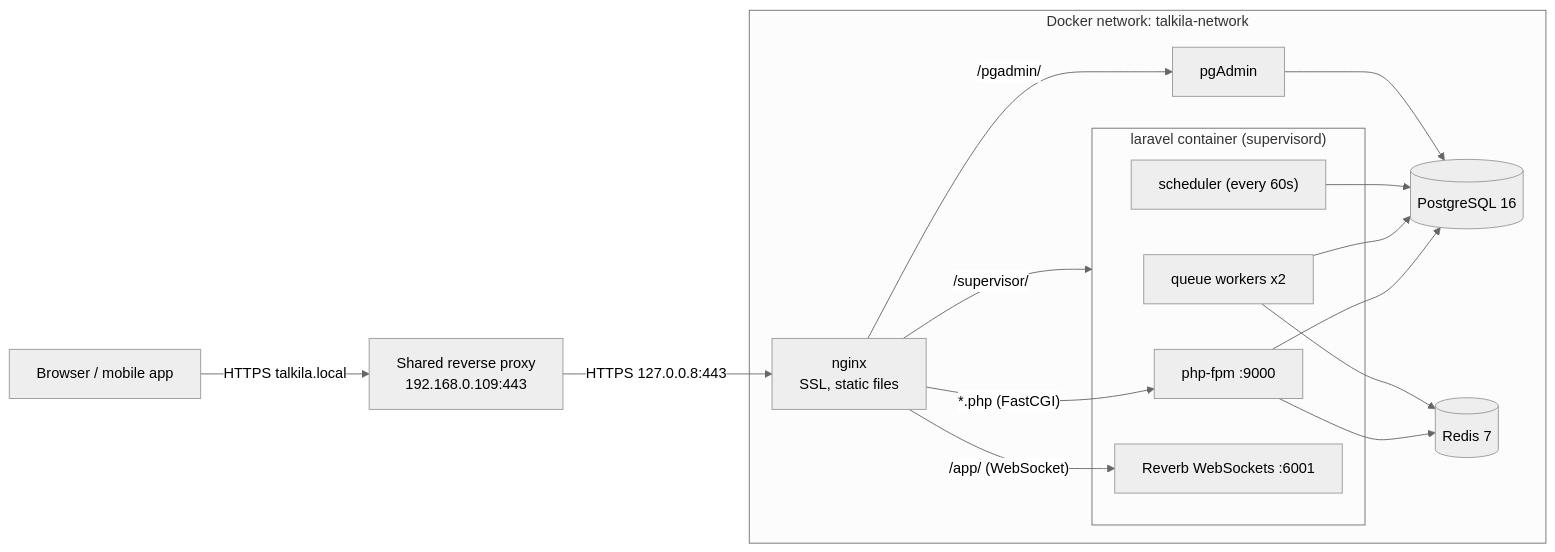
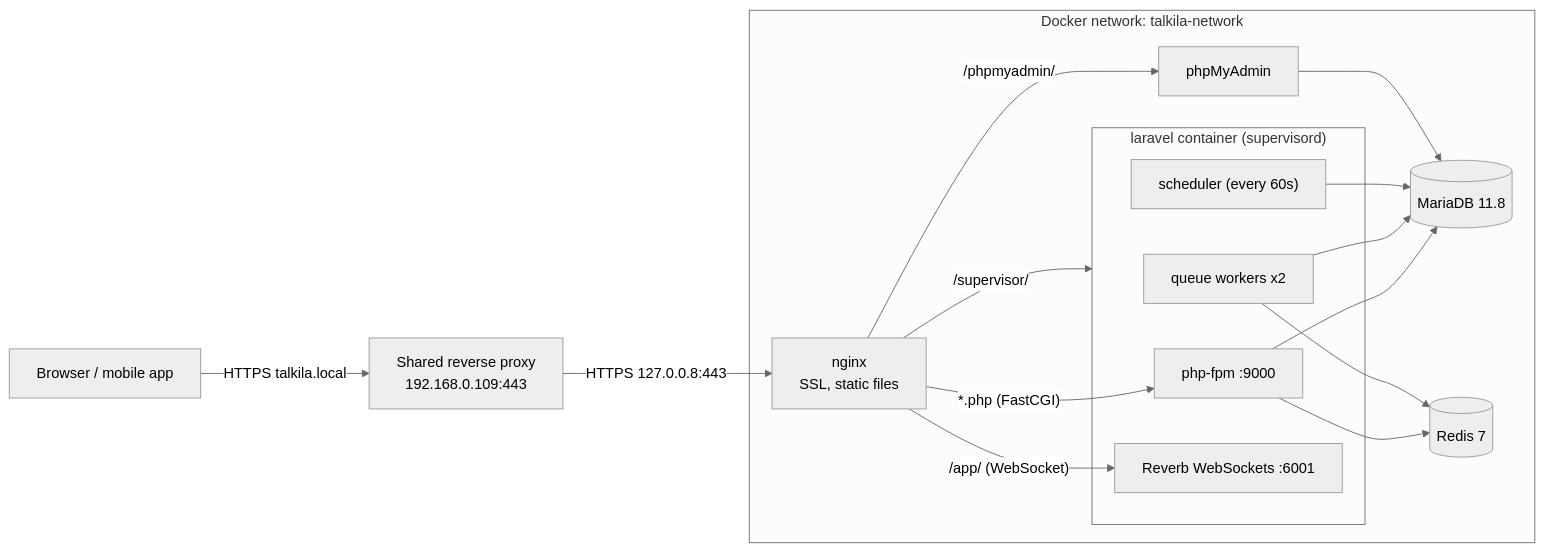
The first of 3 diagrams in README.md (donmilorad87/talkila), drawn with Mermaid (neutral theme) before and after one commit. The commit also changed other lines of this file and 113 other files, not shown here.

Commit message:
CI/CD: PHP 8.5 + MariaDB, tests, SSH deploy with maintenance mode, Pusher

````diff
--- a/README.md
+++ b/README.md
@@ -62,29 +71,29 @@
 ```mermaid
 flowchart LR
     Browser["Browser / mobile app"] -->|"HTTPS talkila.local"| Proxy["Shared reverse proxy<br/>192.168.0.109:443"]
     Proxy -->|"HTTPS 127.0.0.8:443"| Nginx
 
     subgraph talkila-network ["Docker network: talkila-network"]
         Nginx["nginx<br/>SSL, static files"]
         subgraph Laravel ["laravel container (supervisord)"]
             FPM["php-fpm :9000"]
             Workers["queue workers x2"]
             Scheduler["scheduler (every 60s)"]
             Reverb["Reverb WebSockets :6001"]
         end
-        Postgres[("PostgreSQL 16")]
+        MariaDB[("MariaDB 11.8")]
         Redis[("Redis 7")]
-        PgAdmin["pgAdmin"]
+        PhpMyAdmin["phpMyAdmin"]
     end
 
     Nginx -->|"*.php (FastCGI)"| FPM
     Nginx -->|"/app/ (WebSocket)"| Reverb
-    Nginx -->|"/pgadmin/"| PgAdmin
+    Nginx -->|"/phpmyadmin/"| PhpMyAdmin
     Nginx -->|"/supervisor/"| Laravel
-    FPM --> Postgres
+    FPM --> MariaDB
     FPM --> Redis
     Workers --> Redis
-    Workers --> Postgres
-    Scheduler --> Postgres
-    PgAdmin --> Postgres
+    Workers --> MariaDB
+    Scheduler --> MariaDB
+    PhpMyAdmin --> MariaDB
 ```
````
